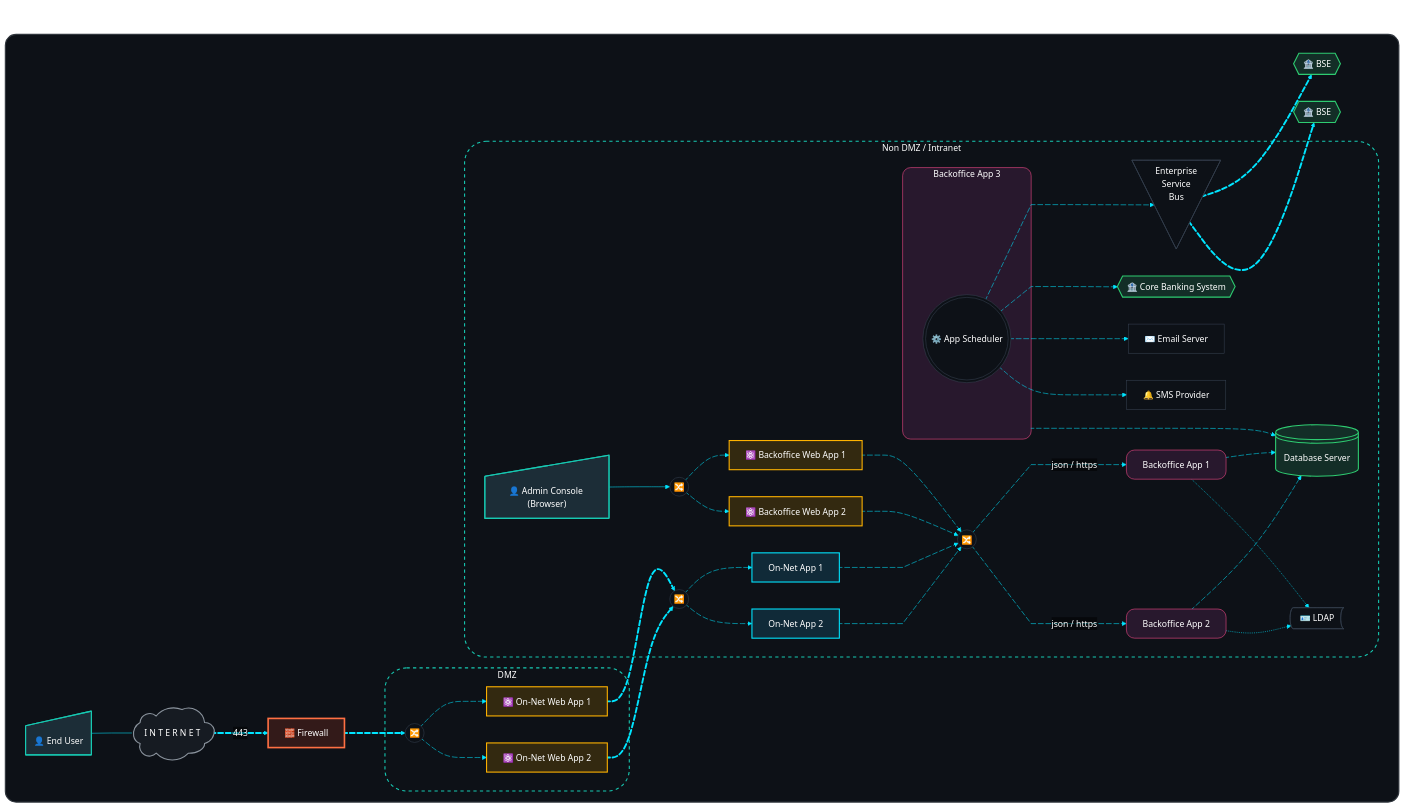
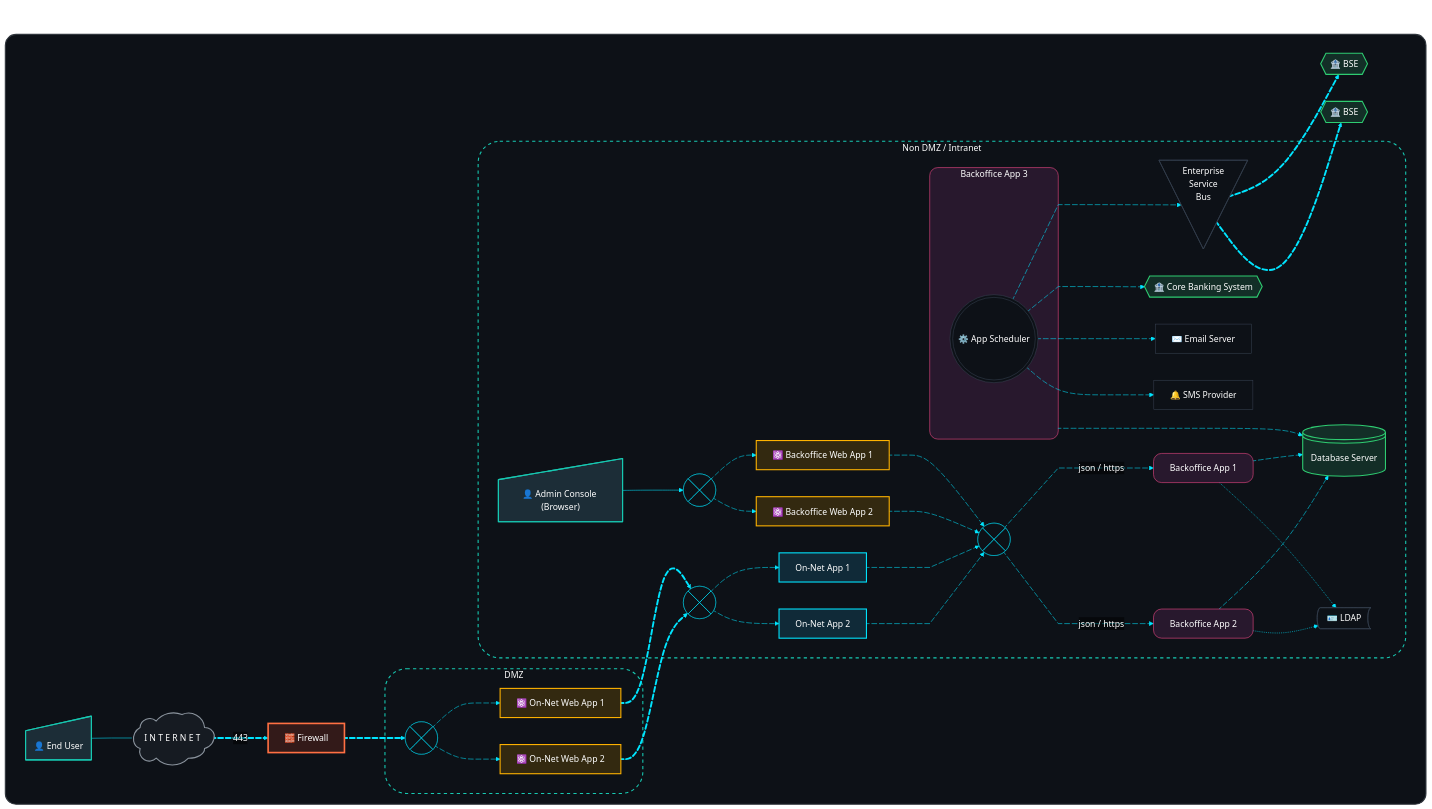
Before and after one commit to govindthange/playbooks: the diagram in mermaid/multi-tier-templates/2onnet-2bo-web-app.mmd, drawn with Mermaid.

Commit message:
Change LB shape w/ color

```diff
--- a/mermaid/multi-tier-templates/2onnet-2bo-web-app.mmd
+++ b/mermaid/multi-tier-templates/2onnet-2bo-web-app.mmd
@@ -1,160 +1,165 @@
 ---
 title: "Microservices - Tactical Plan w/ Kubernetes"
 config:
   flowchart:
     curve: basis
   theme: base
   themeVariables:
     primaryColor: '#1F2937'
     primaryTextColor: '#FFFFFF'
     primaryBorderColor: '#374151'
     lineColor: '#00E5FF'
     edgeLabelBackground: 'transparent'
     fontFamily: 'Inter, system-ui, sans-serif'
     mainBkg: '#0D1117'
     secondBkg: '#161B22'
     tertiaryColor: '#21262D'
     clusterBkg: '#161B22'
     clusterBorder: '#30363D'
     background: '#0D1117'
     secondaryColor: '#21262D'
     tertiaryTextColor: '#FFFFFF'
     secondaryTextColor: '#FFFFFF'
     textColor: '#FFFFFF'
     nodeTextColor: '#FFFFFF'
   themeCSS: '.edgeLabel, .edgeLabels, .edgeLabel *, .edgeLabels *, .edgeLabel .label, .edgeLabels .label, .edgeLabel p, .edgeLabels p, .edgeLabel div, .edgeLabels div, .edgeLabel foreignObject, .edgeLabels foreignObject, .edgeLabel rect, .edgeLabels rect, .edgeLabel span, .edgeLabels span, .label rect, tspan { background-color: transparent !important; background: transparent !important; fill: transparent !important; stroke: none !important; } .edgeLabel .label text, .edgeLabel text, .edgeLabels text, .edgeLabel p, .edgeLabels p, .edgeLabel span, .edgeLabels span { color: #8B949E !important; fill: #8B949E !important; }'
 ---
 
 flowchart
   subgraph mainContainer[" "]
     direction LR
     endUser@{ shape: sl-rect, label: "👤 End User" }
     internet@{ shape: cloud, label: "I  N  T  E  R  N  E  T" }
     firewall@{ shape: rect, label: "🧱 Firewall" }
 
     subgraph dmz ["DMZ"]
       onNetWeb1@{ shape: rect, label: "⚛️ On-Net Web App 1" }
       onNetWeb2@{ shape: rect, label: "⚛️ On-Net Web App 2" }
-      lbBeforeOnnetWebs@{ shape: circle, label: "🔀" }
+      lbBeforeOnnetWebs@{ shape: cross-circ, label: "🔀" }
     end
 
     subgraph nonDmz ["Non DMZ / Intranet"]
-      lbBeforeBoApps@{ shape: circle, label: "🔀" }
-      lbBeforeBoWeb@{ shape: circle, label: "🔀" }
-      lbBeforeOnNetApps@{ shape: circle, label: "🔀" }
+      lbBeforeBoApps@{ shape: cross-circ, label: "🔀" }
+      lbBeforeBoWeb@{ shape: cross-circ, label: "🔀" }
+      lbBeforeOnNetApps@{ shape: cross-circ, label: "🔀" }
       ldap@{ shape: bow-rect, label: "🪪 LDAP" }
       boWeb1@{ shape: rect, label: "⚛️ Backoffice Web App 1" }
       boWeb2@{ shape: rect, label: "⚛️ Backoffice Web App 2" }
       
       onNetApp1@{ shape: rect, label: "On-Net App 1" }
       onNetApp2@{ shape: rect, label: "On-Net App 2" }
 
       lbBeforeOnNetApps edgeLbOnNetApp1@--> onNetApp1
       edgeLbOnNetApp1@{ curve: basis, animate: true, animation: fast }
       lbBeforeOnNetApps edgeLbOnNetApp2@--> onNetApp2
       edgeLbOnNetApp2@{ curve: basis, animate: true, animation: fast }
 
       adminUser@{ shape: sl-rect, label: "👤 Admin Console (Browser)" }
       adminUser --> lbBeforeBoWeb
       lbBeforeBoWeb edgeLbBoWeb1@--> boWeb1
       edgeLbBoWeb1@{ curve: basis, animate: true, animation: fast }
       lbBeforeBoWeb edgeLbBoWeb2@--> boWeb2
       edgeLbBoWeb2@{ curve: basis, animate: true, animation: fast }
       
       boWeb1 edgeBoWeb1Lb@--> lbBeforeBoApps
       edgeBoWeb1Lb@{ curve: basis, animate: true, animation: fast }
       boWeb2 edgeBoWeb2Lb@--> lbBeforeBoApps
       edgeBoWeb2Lb@{ curve: basis, animate: true, animation: fast }
       onNetApp1 edgeService1A2@-.-> lbBeforeBoApps
       edgeService1A2@{ curve: linear, animate: true, animation: fast }
 
       onNetApp2 edgeService1B2@-.-> lbBeforeBoApps
       edgeService1B2@{ curve: linear, animate: true, animation: fast }
       
       boApp1@{ shape: rect, label: "Backoffice App 1" }
       boApp2@{ shape: rect, label: "Backoffice App 2" }
       lbBeforeBoApps edgeService1A1@-.->|json / https| boApp1
       edgeService1A1@{ curve: linear, animate: true, animation: fast }
       lbBeforeBoApps edgeService1B1@-.->|json / https| boApp2
       edgeService1B1@{ curve: linear, animate: true, animation: fast }
       subgraph boApp3 ["Backoffice App 3"]
           boAppScheduler@{ shape: dbl-circ, label: "⚙️ App Scheduler" }
       end
       emailServer@{ shape: rect, label: "✉️ Email Server" }
       database@{ shape: lin-cyl, label: "Database Server" }
       cbs@{ shape: hex, label: "🏦 Core Banking System" }
       esb@{ shape: flip-tri, label: "Enterprise<br/>Service<br/>Bus" }
       smsProvider@{ shape: rect, label: "🔔 SMS Provider" }
     end
 
     bse@{ shape: hex, label: "🏦 BSE" }
     nse@{ shape: hex, label: "🏦 BSE" }
 
     %% External Access Routing
     lbBeforeOnnetWebs externalLbToWeb1@--> onNetWeb1
     externalLbToWeb1@{ curve: basis, animate: true, animation: fast }
     lbBeforeOnnetWebs externalLbToWeb2@--> onNetWeb2
     externalLbToWeb2@{ curve: basis, animate: true, animation: fast }
 
     endUser edgeWeb@--- internet
     edgeWeb@{ curve: linear }
 
     internet edgeFirewall@==> |443| firewall
     edgeFirewall@{ curve: linear, animate: true, animation: slow }
 
     firewall edgeGateway@==> lbBeforeOnnetWebs
     edgeGateway@{ curve: linear, animate: true, animation: slow }
 
     onNetWeb1 webapp1ToInternalLb@==> lbBeforeOnNetApps
     webapp1ToInternalLb@{ curve: basis, animate: true, animation: slow }
 
     onNetWeb2 webapp2ToInternalLb@==> lbBeforeOnNetApps
     webapp2ToInternalLb@{ curve: basis, animate: true, animation: slow }
 
     boApp1 edgeBoApp1Db@--> database
     edgeBoApp1Db@{ curve: basis, animate: true, animation: fast }
     boApp2 edgeBoApp2Db@--> database
     edgeBoApp2Db@{ curve: basis, animate: true, animation: fast }
     boApp3 edgeBoApp3Db@--> database
     edgeBoApp3Db@{ curve: basis, animate: true, animation: fast }
 
     boAppScheduler edgeEventsBus@--> esb
     edgeEventsBus@{ curve: linear, animate: true, animation: slow }
 
     boAppScheduler edgeCbs@--> cbs
     edgeCbs@{ curve: linear, animate: true, animation: slow }
 
     boAppScheduler edgeEmailNotify@--> emailServer
     edgeEmailNotify@{ curve: basis, animate: true, animation: fast }
 
     boAppScheduler edgeSmsNotify@--> smsProvider
     edgeSmsNotify@{ curve: basis, animate: true, animation: fast }
 
     boApp1 & boApp2 -.-> ldap
 
     esb edgeEsbBse@==> bse
     edgeEsbBse@{ curve: basis, animate: true, animation: slow }
 
     esb edgeEsbNse@==> nse
     edgeEsbNse@{ curve: basis, animate: true, animation: slow }
   end
 
 %% Dark Theme Styling & Classes
 classDef zoneClass fill:#0D1117,stroke:#17C9B2,stroke-width:2px,stroke-dasharray:6,rx:40,ry:40;
 classDef webAppClass fill:#332910,stroke:#FFB300,stroke-width:2px,color:#FFFFFF;
 classDef onNetClass fill:#102A38,stroke:#00E5FF,stroke-width:2px,color:#FFFFFF;
 classDef boClass fill:#28182D,stroke:#FF4D8D,rx:15,ry:15,color:#FFFFFF;
 classDef serviceClass fill:#132E27,stroke:#2ECC71,stroke-width:2px,color:#FFFFFF;
 classDef systemUserClass fill:#1C2D37,stroke:#17C9B2,stroke-width:2px,color:#FFFFFF;
 
 class dmz,nonDmz zoneClass;
 class onNetWeb1,onNetWeb2,boWeb1,boWeb2 webAppClass;
 class onNetApp1,onNetApp2 onNetClass;
 class boApp1,boApp2,boApp3 boClass;
 class bse,nse,cbs,database serviceClass;
 class endUser,adminUser systemUserClass;
 
 %% Dark Specific Adhoc Styling
 style mainContainer fill:#0D1117,stroke:#30363D,stroke-width:2px,rx:20px,ry:20px;
 style firewall fill:#331A19,stroke:#FF7043,stroke-width:3px,color:#FFFFFF;
 style internet fill:#161B22,stroke:#8B949E,stroke-width:2px,color:#FFFFFF;
+
+style lbBeforeOnnetWebs stroke:#00E5FF;
+style lbBeforeBoApps stroke:#00E5FF;
+style lbBeforeOnNetApps stroke:#00E5FF;
+style lbBeforeBoWeb stroke:#00E5FF;
```
